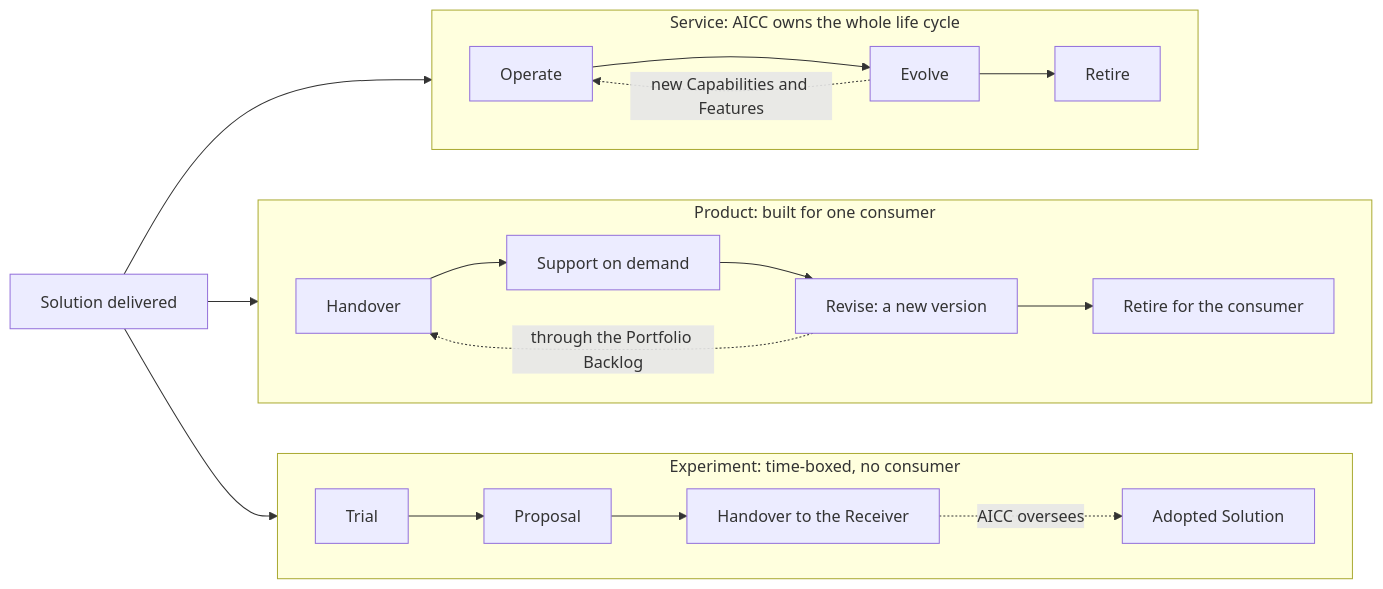
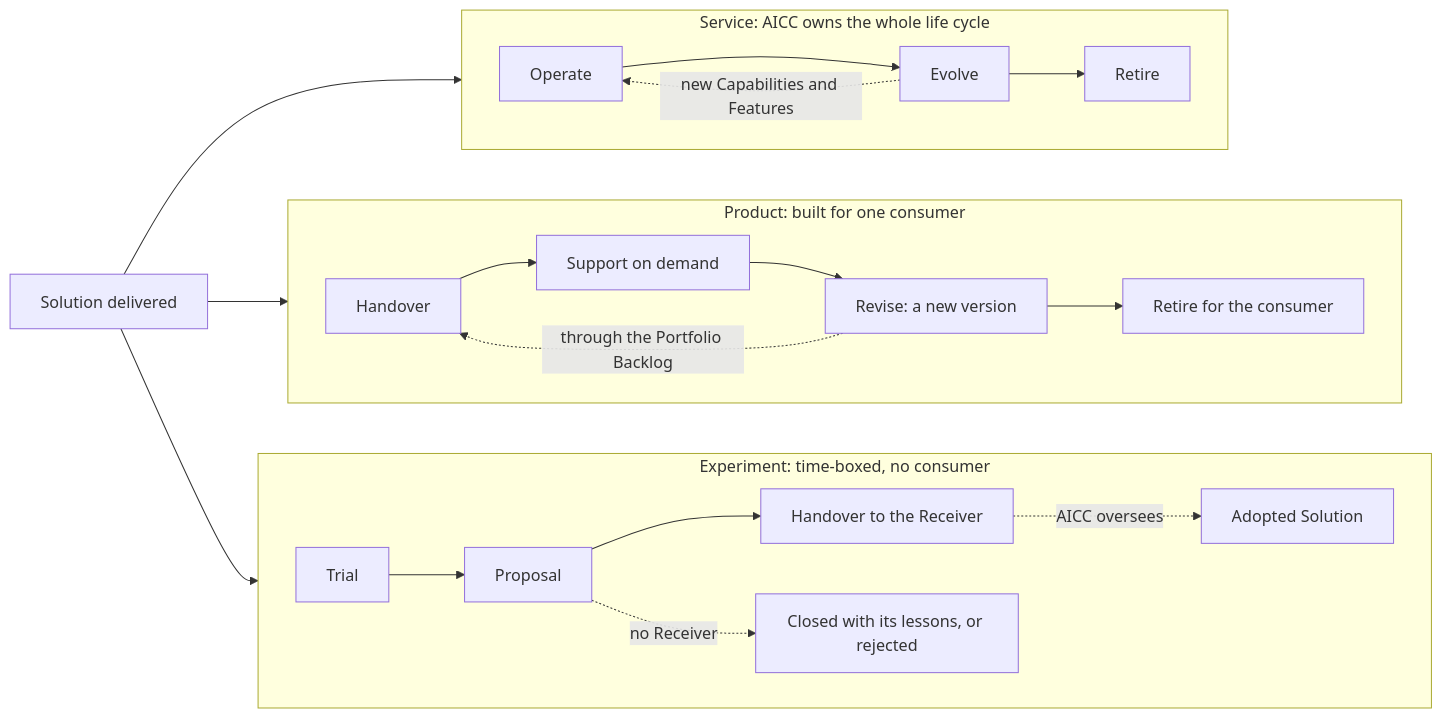
Before and after one commit to devhogu/ob-aicc: the seventh of 8 diagrams in charter/workflows/service-delivery.md, drawn with Mermaid. The commit also changed other lines of this file and 200 other files, not shown here.

````diff
--- a/charter/workflows/service-delivery.md
+++ b/charter/workflows/service-delivery.md
@@ -132,21 +169,22 @@
 ```mermaid
 flowchart LR
   D["Solution delivered"] --> SV
   D --> PR
   D --> EX
   subgraph SV["Service: AICC owns the whole life cycle"]
     direction LR
     S1["Operate"] --> S2["Evolve"] --> S3["Retire"]
     S2 -.new Capabilities and Features.-> S1
   end
   subgraph PR["Product: built for one consumer"]
     direction LR
     P1["Handover"] --> P2["Support on demand"] --> P3["Revise: a new version"] --> P4["Retire for the consumer"]
     P3 -.through the Portfolio Backlog.-> P1
   end
   subgraph EX["Experiment: time-boxed, no consumer"]
     direction LR
     X1["Trial"] --> X2["Proposal"] --> X3["Handover to the Receiver"]
     X3 -.AICC oversees.-> A["Adopted Solution"]
+    X2 -.->|"no Receiver"| X4["Closed with its lessons, or rejected"]
   end
 ```
````
